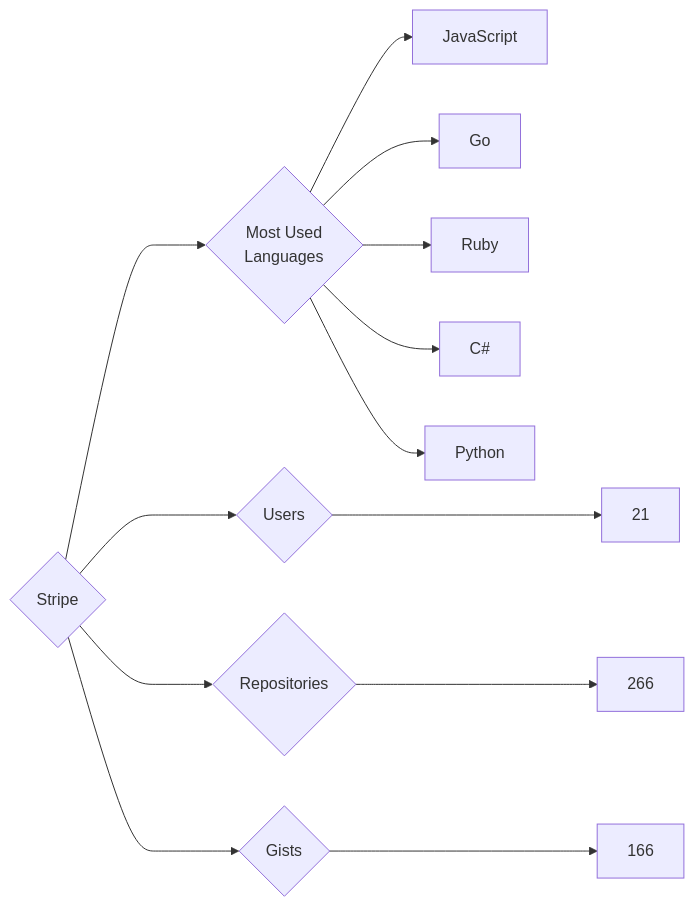
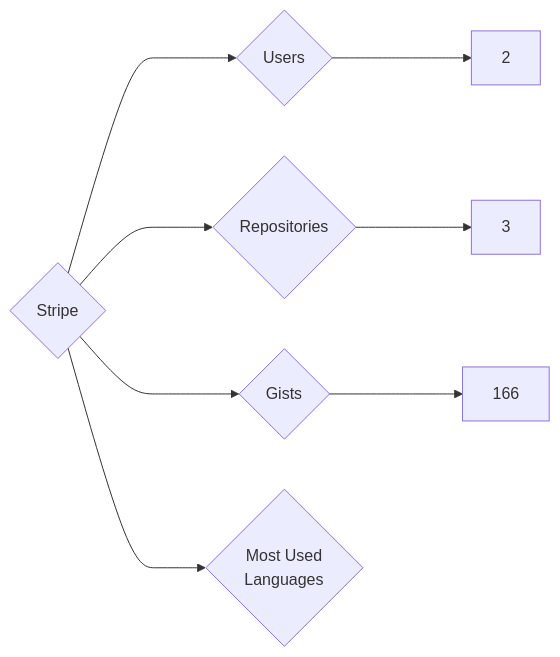
Before and after one commit to trickest/insiders: the diagram in targets/Stripe/README.md, drawn with Mermaid. The commit also changed 823 other files, not shown here.

````diff
--- a/targets/Stripe/README.md
+++ b/targets/Stripe/README.md
@@ -3,13 +3,8 @@
 ```mermaid
 graph LR
 COMPANY_NAME{Stripe}
-COMPANY_NAME ---> U{Users} ---> UN[21]
-COMPANY_NAME ---> R{Repositories} ---> RN[266]
+COMPANY_NAME ---> U{Users} ---> UN[2]
+COMPANY_NAME ---> R{Repositories} ---> RN[3]
 COMPANY_NAME ---> G{Gists} ---> GN[166]
 COMPANY_NAME ---> ML{Most Used<br>Languages}
-ML --> JavaScript[JavaScript]
-ML --> Go[Go]
-ML --> Ruby[Ruby]
-ML --> C#[C#]
-ML --> Python[Python]
 ```
````
